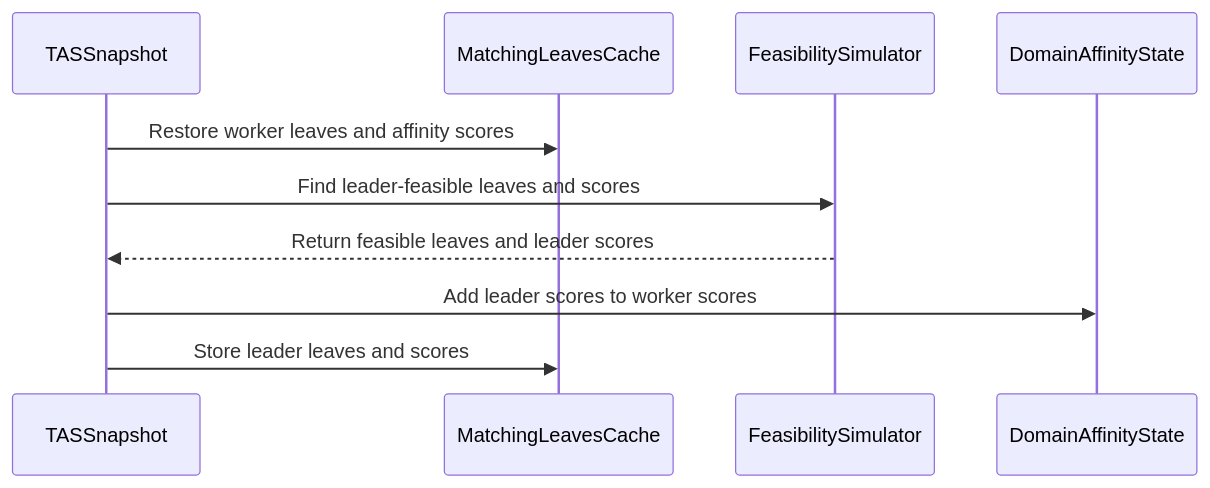
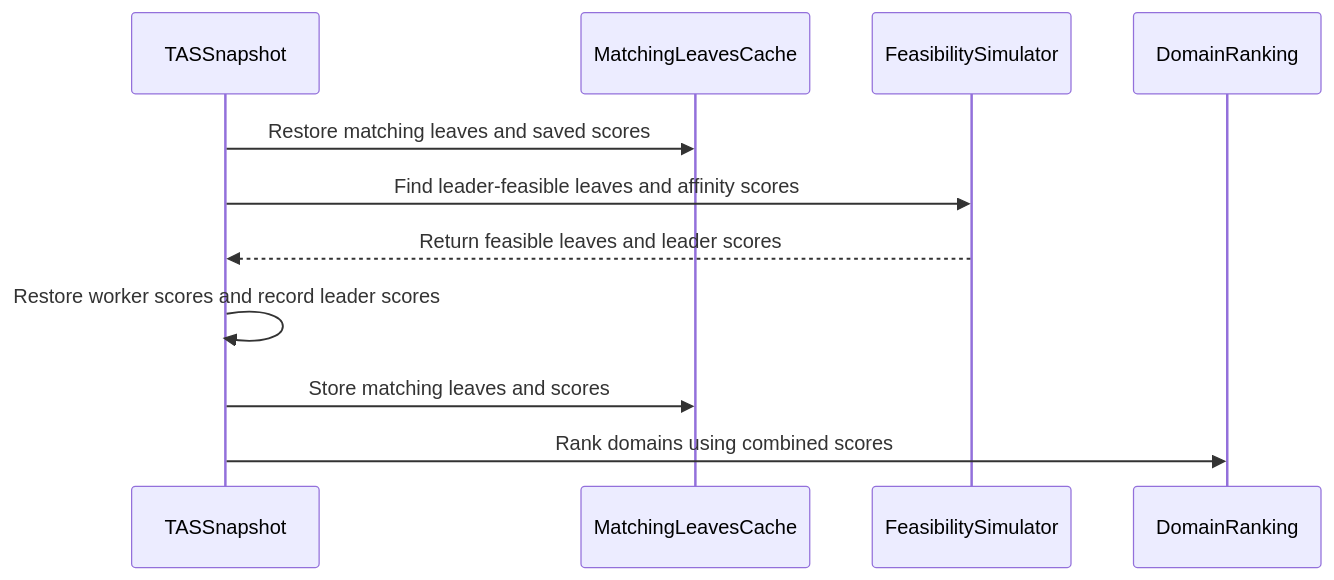
The diagram in raw/github/kubernetes-sigs__kueue/pr-17051.md (reruno/kueue-llm-wiki), drawn with Mermaid before and after one commit. The commit also changed other lines of this file and 1586 other files, not shown here.

````diff
--- a/raw/github/kubernetes-sigs__kueue/pr-17051.md
+++ b/raw/github/kubernetes-sigs__kueue/pr-17051.md
@@ -379,12 +157,13 @@
 ```mermaid
 sequenceDiagram
   participant TASSnapshot
   participant MatchingLeavesCache
   participant FeasibilitySimulator
-  participant DomainAffinityState
-  TASSnapshot->>MatchingLeavesCache: Restore worker leaves and affinity scores
-  TASSnapshot->>FeasibilitySimulator: Find leader-feasible leaves and scores
+  participant DomainRanking
+  TASSnapshot->>MatchingLeavesCache: Restore matching leaves and saved scores
+  TASSnapshot->>FeasibilitySimulator: Find leader-feasible leaves and affinity scores
   FeasibilitySimulator-->>TASSnapshot: Return feasible leaves and leader scores
-  TASSnapshot->>DomainAffinityState: Add leader scores to worker scores
-  TASSnapshot->>MatchingLeavesCache: Store leader leaves and scores
+  TASSnapshot->>TASSnapshot: Restore worker scores and record leader scores
+  TASSnapshot->>MatchingLeavesCache: Store matching leaves and scores
+  TASSnapshot->>DomainRanking: Rank domains using combined scores
 ```
````
